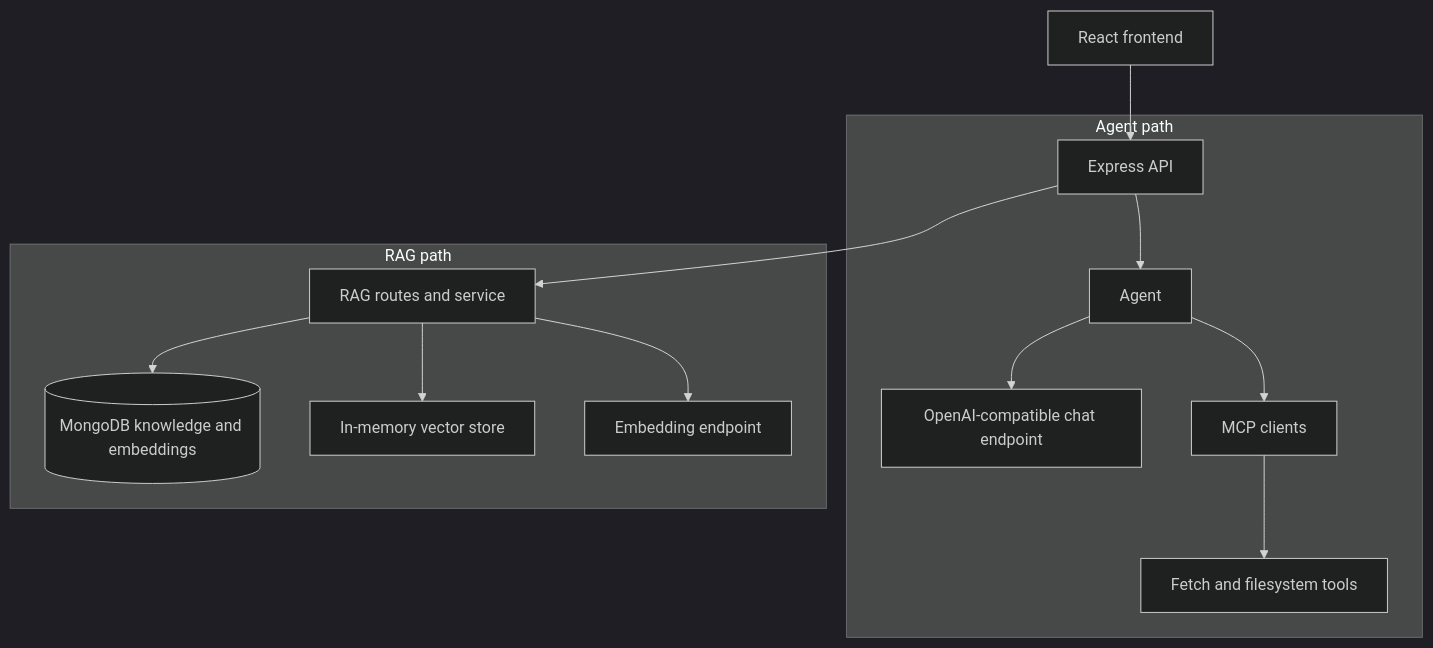
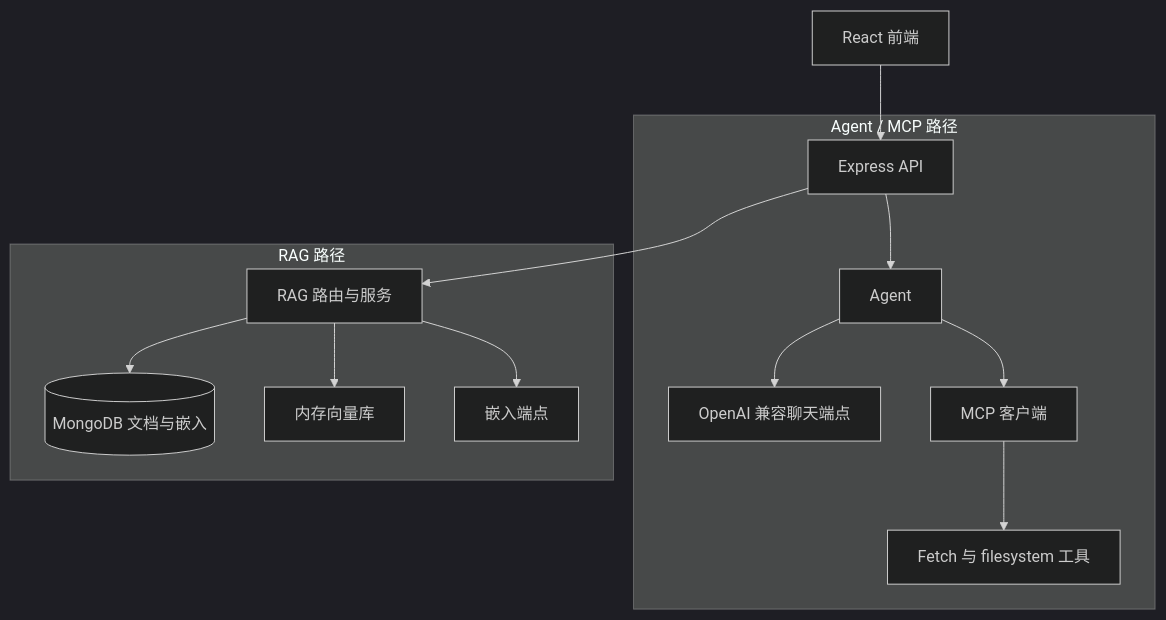
The diagram in README.md (NEDONION/llm-mcp-rag-typescript), drawn with Mermaid (dark theme) before and after one commit. The commit also changed other lines of this file and 2 other files, not shown here.

````diff
--- a/README.md
+++ b/README.md
@@ -88,18 +113,18 @@
 ```mermaid
 flowchart TB
-  UI[React frontend] --> API[Express API]
+  UI[React 前端] --> API[Express API]
 
-  subgraph Agent path
+  subgraph AgentMCP[Agent / MCP 路径]
     API --> Agent[Agent]
-    Agent --> Chat[OpenAI-compatible chat endpoint]
-    Agent --> MCP[MCP clients]
-    MCP --> Tools[Fetch and filesystem tools]
+    Agent --> Chat[OpenAI 兼容聊天端点]
+    Agent --> MCP[MCP 客户端]
+    MCP --> Tools[Fetch 与 filesystem 工具]
   end
 
-  subgraph RAG path
-    API --> RAG[RAG routes and service]
-    RAG --> Mongo[(MongoDB knowledge and embeddings)]
-    RAG --> Memory[In-memory vector store]
-    RAG --> Embed[Embedding endpoint]
+  subgraph RAG[RAG 路径]
+    API --> Retrieval[RAG 路由与服务]
+    Retrieval --> Mongo[(MongoDB 文档与嵌入)]
+    Retrieval --> Memory[内存向量库]
+    Retrieval --> Embed[嵌入端点]
   end
 ```
````
